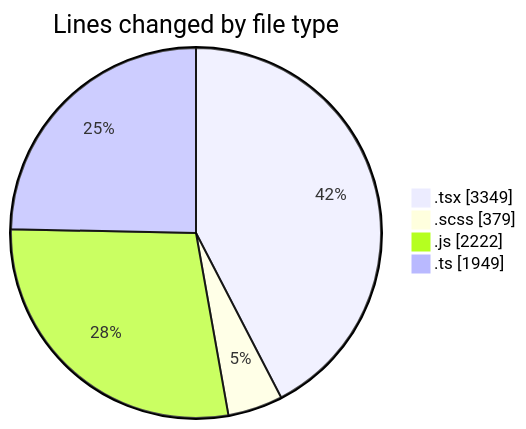
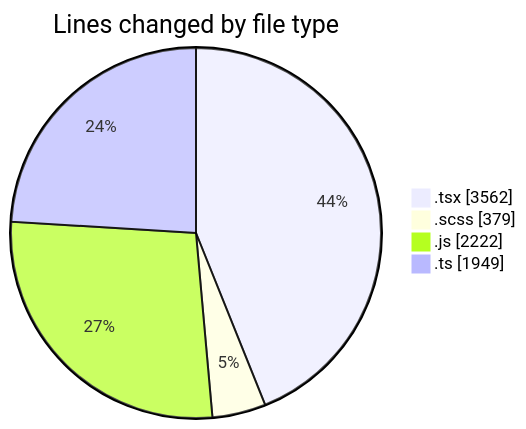
One commit to momahboobian/code-tracking changed the first of 2 diagrams in 2026-06-17/cda/README.md. Above: the diagram before and after it, drawn with Mermaid. The commit also changed other lines of this file and 1 other file, not shown here.

````diff
--- a/2026-06-17/cda/README.md
+++ b/2026-06-17/cda/README.md
@@ -51,8 +53,8 @@
 ```mermaid
 pie showData
 title Lines changed by file type
-".tsx" : 3349
+".tsx" : 3562
 ".scss" : 379
 ".js" : 2222
 ".ts" : 1949
 ```
````
